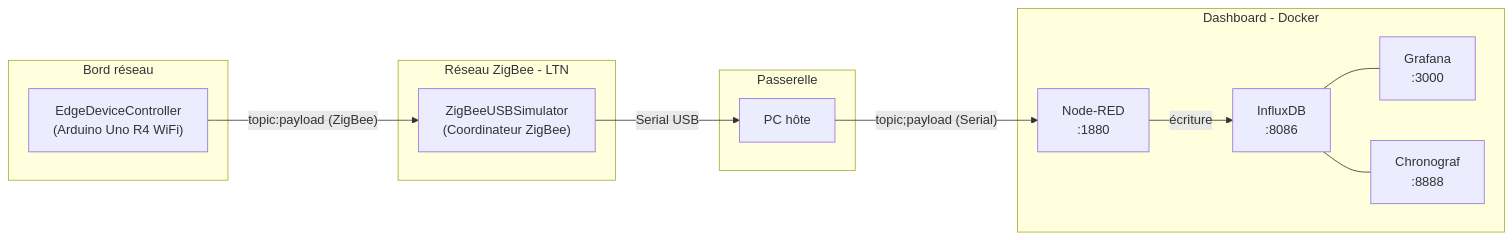
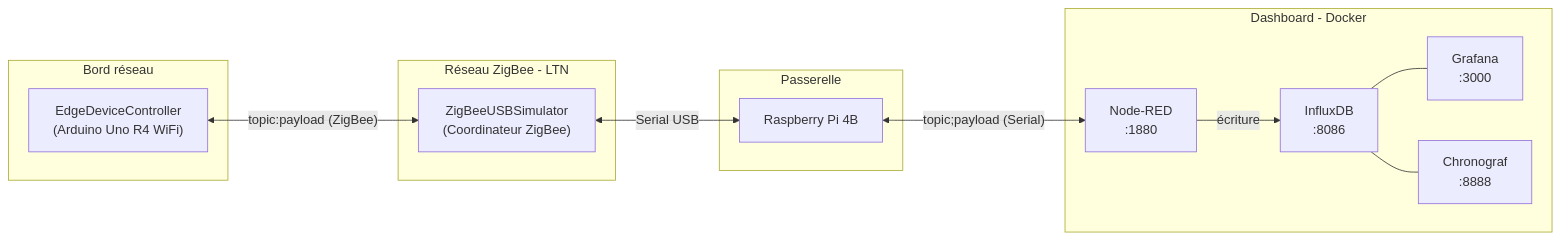
The diagram in README.md (0xybo/CESI_A4_IoT), drawn with Mermaid before and after one commit. The commit also changed other lines of this file and 2 other files, not shown here.

````diff
--- a/README.md
+++ b/README.md
@@ -13,20 +273,20 @@
 ```mermaid
 flowchart LR
   subgraph edge [Bord réseau]
     EDC["EdgeDeviceController\n(Arduino Uno R4 WiFi)"]
   end
   subgraph mesh [Réseau ZigBee - LTN]
-    EDC -->|"topic:payload (ZigBee)"| ZUS
+    EDC <-->|"topic:payload (ZigBee)"| ZUS
   end
   subgraph gateway [Passerelle]
     ZUS["ZigBeeUSBSimulator\n(Coordinateur ZigBee)"]
-    ZUS -->|"Serial USB"| PC
-    PC["PC hôte"]
+    ZUS <-->|"Serial USB"| PC
+    PC["Raspberry Pi 4B"]
   end
   subgraph dashboard [Dashboard - Docker]
-    PC -->|"topic;payload (Serial)"| NR["Node-RED\n:1880"]
+    PC <-->|"topic;payload (Serial)"| NR["Node-RED\n:1880"]
     NR -->|"écriture"| Influx["InfluxDB\n:8086"]
     Influx --- Grafana["Grafana\n:3000"]
     Influx --- Chrono["Chronograf\n:8888"]
   end
 ```
````
